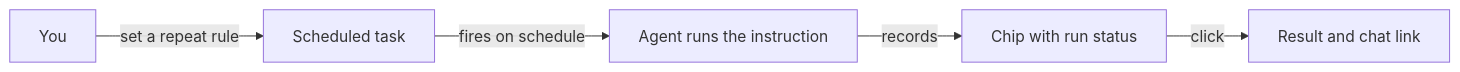
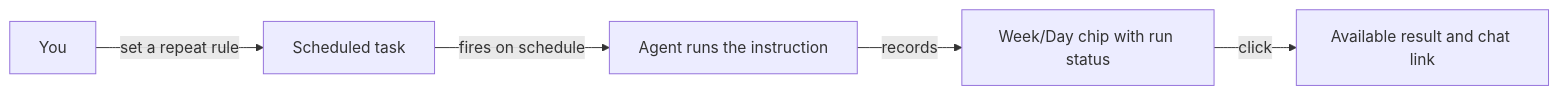
One commit to elicify-ai/omnipus changed the diagram in docs/calendar.md. Above: the diagram before and after it, drawn with Mermaid. The commit also changed other lines of this file and 3 other files, not shown here.

````diff
--- a/docs/calendar.md
+++ b/docs/calendar.md
@@ -13,7 +13,7 @@
 ```mermaid
 flowchart LR
   You[You] -->|set a repeat rule| Task[Scheduled task]
   Task -->|fires on schedule| Run[Agent runs the instruction]
-  Run -->|records| Chip[Chip with run status]
-  Chip -->|click| Panel[Result and chat link]
+  Run -->|records| Chip[Week/Day chip with run status]
+  Chip -->|click| Panel[Available result and chat link]
 ```
````
